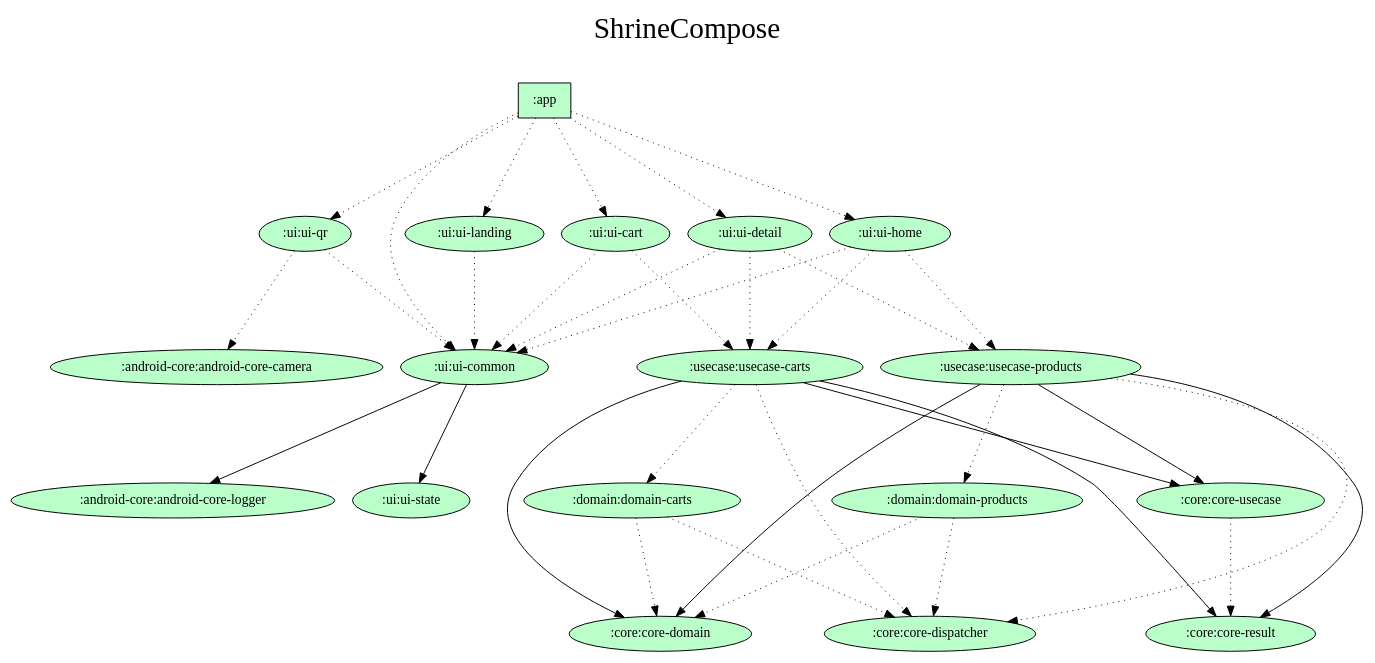
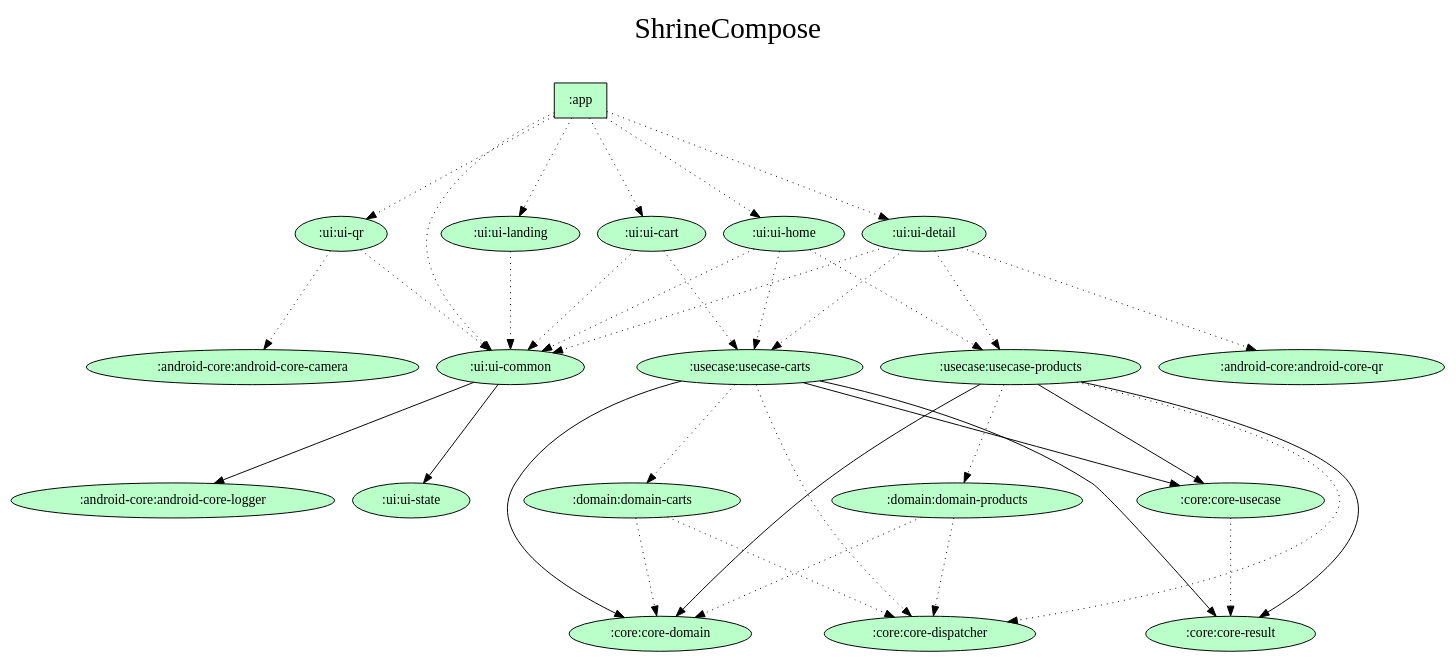
The diagram in gradle/dependency-graph/project.dot (android-tut-study/jetpack-compose-template), drawn with Graphviz before and after one commit. The commit also changed 1 other file, not shown here.

Commit message:
Update dependency graph

```diff
--- a/gradle/dependency-graph/project.dot
+++ b/gradle/dependency-graph/project.dot
@@ -1,65 +1,67 @@
 digraph {
   graph [label="ShrineCompose\n ",labelloc=t,fontsize=30,ranksep=1.4];
   node [style=filled, fillcolor="#bbbbbb"];
   rankdir=TB;
 
   # Projects
 
   ":android-core:android-core-camera" [fillcolor="#baffc9"];
   ":android-core:android-core-logger" [fillcolor="#baffc9"];
+  ":android-core:android-core-qr" [fillcolor="#baffc9"];
   ":app" [shape=box, fillcolor="#baffc9"];
   ":core:core-dispatcher" [fillcolor="#baffc9"];
   ":core:core-domain" [fillcolor="#baffc9"];
   ":core:core-result" [fillcolor="#baffc9"];
   ":core:core-usecase" [fillcolor="#baffc9"];
   ":domain:domain-carts" [fillcolor="#baffc9"];
   ":domain:domain-products" [fillcolor="#baffc9"];
   ":ui:ui-cart" [fillcolor="#baffc9"];
   ":ui:ui-common" [fillcolor="#baffc9"];
   ":ui:ui-detail" [fillcolor="#baffc9"];
   ":ui:ui-home" [fillcolor="#baffc9"];
   ":ui:ui-landing" [fillcolor="#baffc9"];
   ":ui:ui-qr" [fillcolor="#baffc9"];
   ":ui:ui-state" [fillcolor="#baffc9"];
   ":usecase:usecase-carts" [fillcolor="#baffc9"];
   ":usecase:usecase-products" [fillcolor="#baffc9"];
 
   {rank = same; ":app";}
 
   # Dependencies
 
   ":app" -> ":ui:ui-common" [style=dotted]
   ":app" -> ":ui:ui-landing" [style=dotted]
   ":app" -> ":ui:ui-home" [style=dotted]
   ":app" -> ":ui:ui-detail" [style=dotted]
   ":app" -> ":ui:ui-cart" [style=dotted]
   ":app" -> ":ui:ui-qr" [style=dotted]
   ":core:core-usecase" -> ":core:core-result" [style=dotted]
   ":domain:domain-carts" -> ":core:core-domain" [style=dotted]
   ":domain:domain-carts" -> ":core:core-dispatcher" [style=dotted]
   ":domain:domain-products" -> ":core:core-domain" [style=dotted]
   ":domain:domain-products" -> ":core:core-dispatcher" [style=dotted]
   ":ui:ui-cart" -> ":ui:ui-common" [style=dotted]
   ":ui:ui-cart" -> ":usecase:usecase-carts" [style=dotted]
   ":ui:ui-common" -> ":ui:ui-state"
   ":ui:ui-common" -> ":android-core:android-core-logger"
   ":ui:ui-detail" -> ":ui:ui-common" [style=dotted]
   ":ui:ui-detail" -> ":usecase:usecase-products" [style=dotted]
   ":ui:ui-detail" -> ":usecase:usecase-carts" [style=dotted]
+  ":ui:ui-detail" -> ":android-core:android-core-qr" [style=dotted]
   ":ui:ui-home" -> ":ui:ui-common" [style=dotted]
   ":ui:ui-home" -> ":usecase:usecase-products" [style=dotted]
   ":ui:ui-home" -> ":usecase:usecase-carts" [style=dotted]
   ":ui:ui-landing" -> ":ui:ui-common" [style=dotted]
   ":ui:ui-qr" -> ":ui:ui-common" [style=dotted]
   ":ui:ui-qr" -> ":android-core:android-core-camera" [style=dotted]
   ":usecase:usecase-carts" -> ":core:core-usecase"
   ":usecase:usecase-carts" -> ":core:core-result"
   ":usecase:usecase-carts" -> ":core:core-domain"
   ":usecase:usecase-carts" -> ":core:core-dispatcher" [style=dotted]
   ":usecase:usecase-carts" -> ":domain:domain-carts" [style=dotted]
   ":usecase:usecase-products" -> ":core:core-usecase"
   ":usecase:usecase-products" -> ":core:core-result"
   ":usecase:usecase-products" -> ":core:core-domain"
   ":usecase:usecase-products" -> ":core:core-dispatcher" [style=dotted]
   ":usecase:usecase-products" -> ":domain:domain-products" [style=dotted]
 }
```
